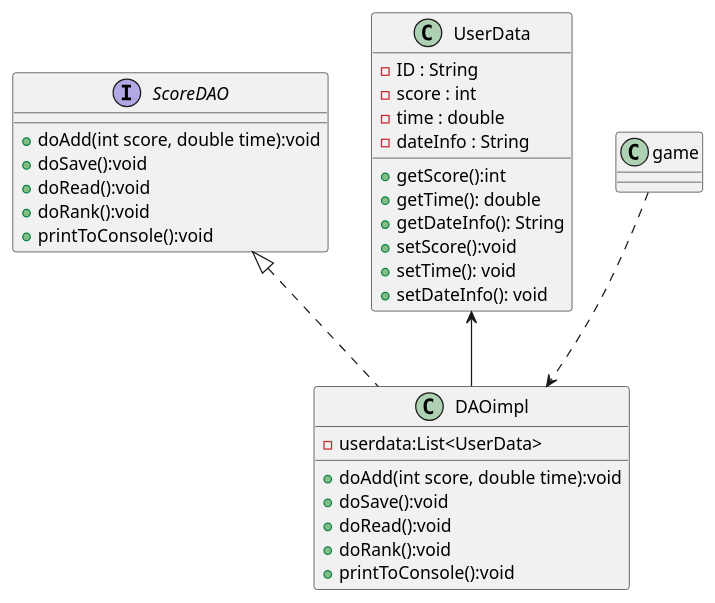
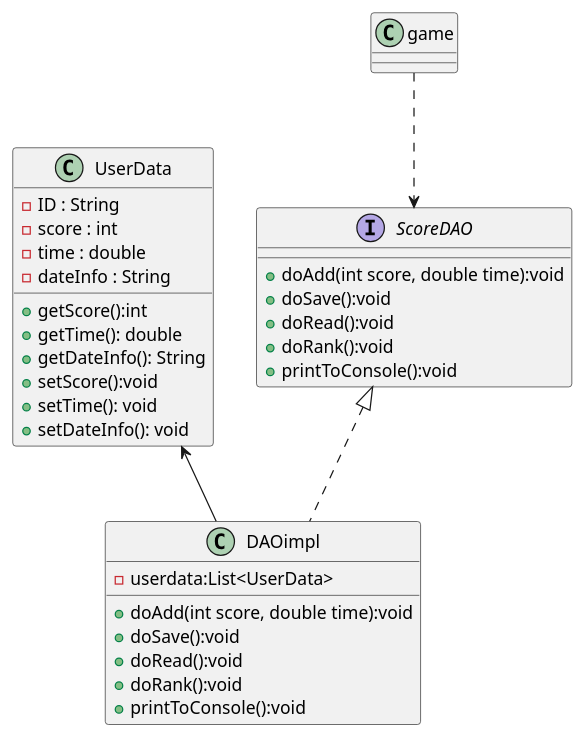
One commit to ScarecrowL1/AircraftWar-Tskmdai changed the diagram in uml/DataAccessObjectPartten.puml. Above: the diagram before and after it, drawn with PlantUML. The commit also changed 3 other files, not shown here.

Commit message:
完成了实验四相关内容 完成了DAO和排行榜管理及其优化 新增了策略模式和DAO模式的类图

```diff
--- a/uml/DataAccessObjectPartten.puml
+++ b/uml/DataAccessObjectPartten.puml
@@ -1,46 +1,46 @@
 @startuml
 'https://plantuml.com/class-diagram
 
 
 
 interface ScoreDAO{
     + doAdd(int score, double time):void
     + doSave():void
     + doRead():void
     + doRank():void
     + printToConsole():void
 
 }
 
 
 
 ScoreDAO <|.. DAOimpl
 UserData <-- DAOimpl
-game ..> DAOimpl
+game ..> ScoreDAO
 
 
 
 class DAOimpl {
     - userdata:List<UserData>
     + doAdd(int score, double time):void
     + doSave():void
     + doRead():void
     + doRank():void
     + printToConsole():void
 
 }
 
 class UserData{
     - ID : String
     - score : int
     - time : double
     - dateInfo : String
     + getScore():int
     + getTime(): double
     + getDateInfo(): String
     + setScore():void
     + setTime(): void
     + setDateInfo(): void
 }
 
 @enduml
```
